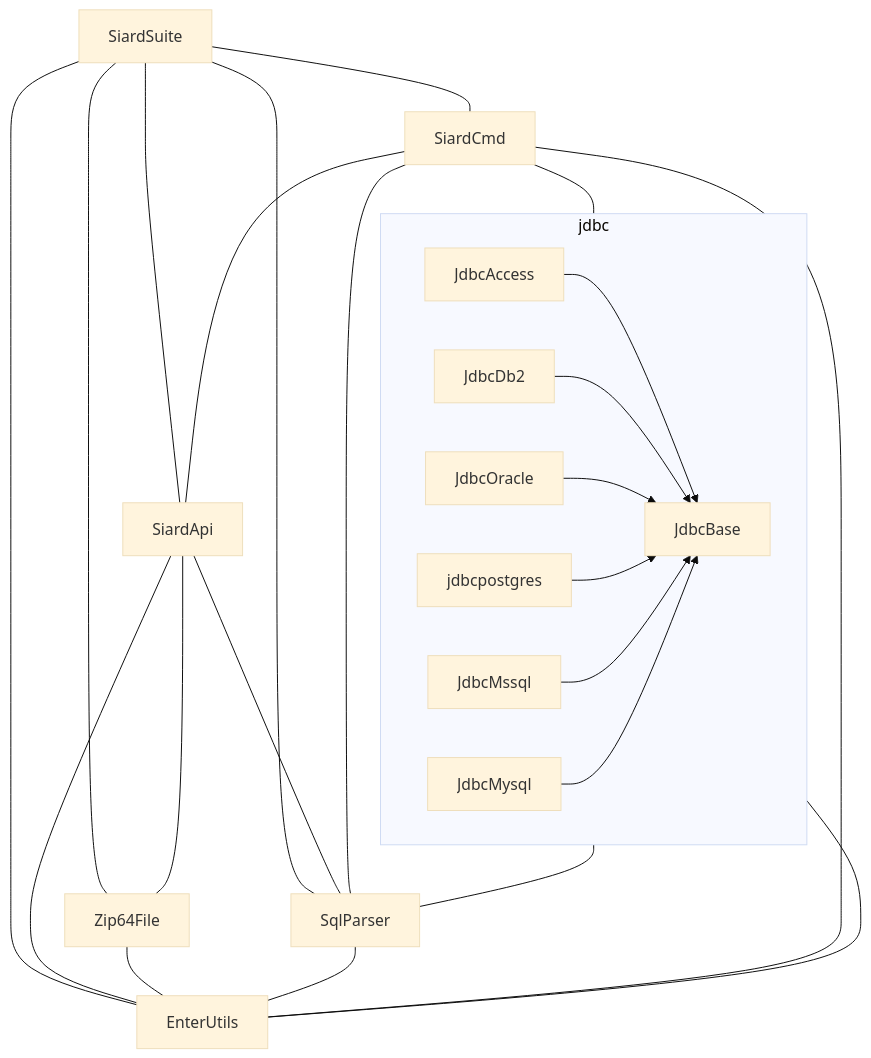
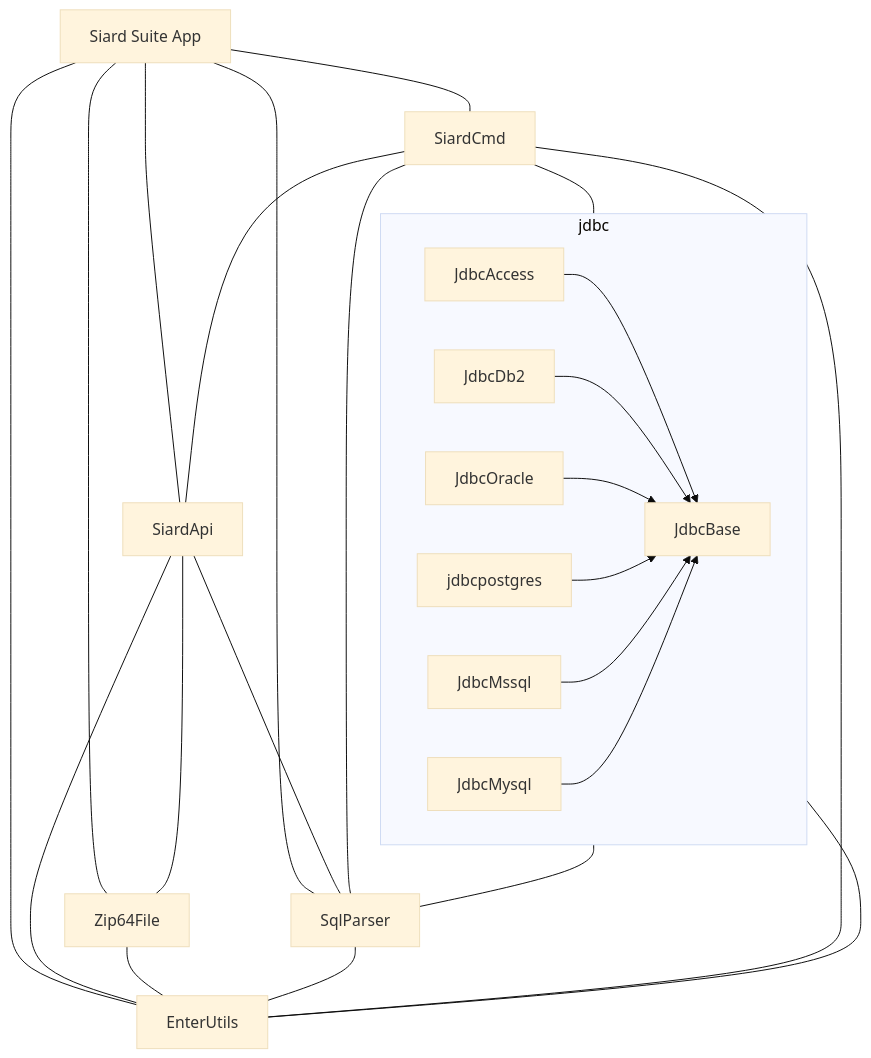
Before and after one commit to sfa-siard/siard-suite: the second of 2 diagrams in docs/sad/software-architecture-documentation.md, drawn with Mermaid (base theme). The commit also changed other lines of this file and 4 other files, not shown here.

Commit message:
doc: improve readme and software architecture documentation, update ua graph

````diff
--- a/docs/sad/software-architecture-documentation.md
+++ b/docs/sad/software-architecture-documentation.md
@@ -97,45 +127,45 @@
 ```mermaid
 graph TD
-    siardsuite[SiardSuite]
+    siardsuite[Siard Suite App]
     siardapi[SiardApi]
     siardcmd[SiardCmd]
     sqlparser[SqlParser]
     jdbcbase[JdbcBase]
     jdbcaccess[JdbcAccess]
     jdbcdb2[JdbcDb2]
     jdbcoracle[JdbcOracle]
     jdbcmssql[JdbcMssql]
     jdbcmysql[JdbcMysql]
     enterutils[EnterUtils]
     zip64file[Zip64File]
 
     siardsuite --- siardapi
     siardsuite --- siardcmd
     siardsuite --- sqlparser
     siardsuite --- zip64file
     siardsuite --- enterutils
 
     siardapi --- sqlparser
     siardapi --- enterutils
     siardapi --- zip64file
     zip64file --- enterutils
     sqlparser --- enterutils
 
     siardcmd --- siardapi
     siardcmd --- sqlparser
     siardcmd --- jdbc
     siardcmd --- enterutils
 
     jdbc --- enterutils
     jdbc --- sqlparser
 
     subgraph jdbc
     jdbcaccess --> jdbcbase
     jdbcdb2 --> jdbcbase
     jdbcoracle --> jdbcbase
     jdbcpostgres --> jdbcbase
     jdbcmssql --> jdbcbase
     jdbcmysql --> jdbcbase
     end
 
 ```
````
